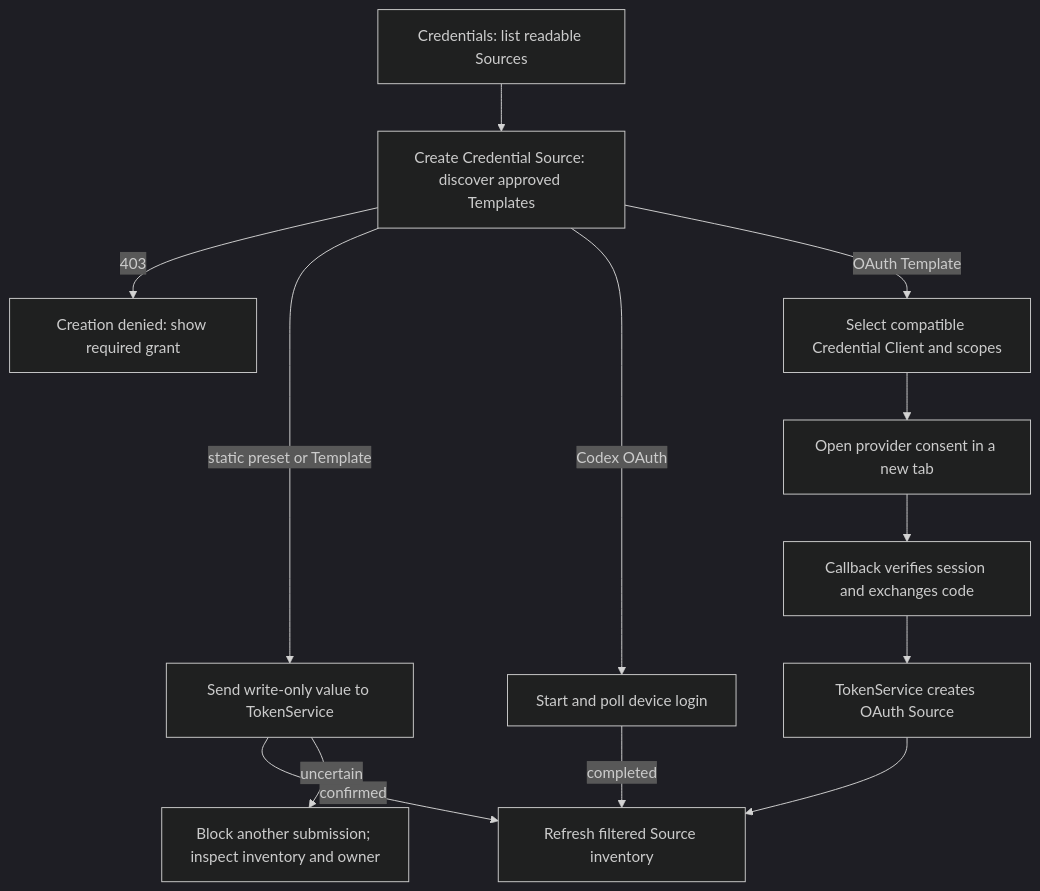
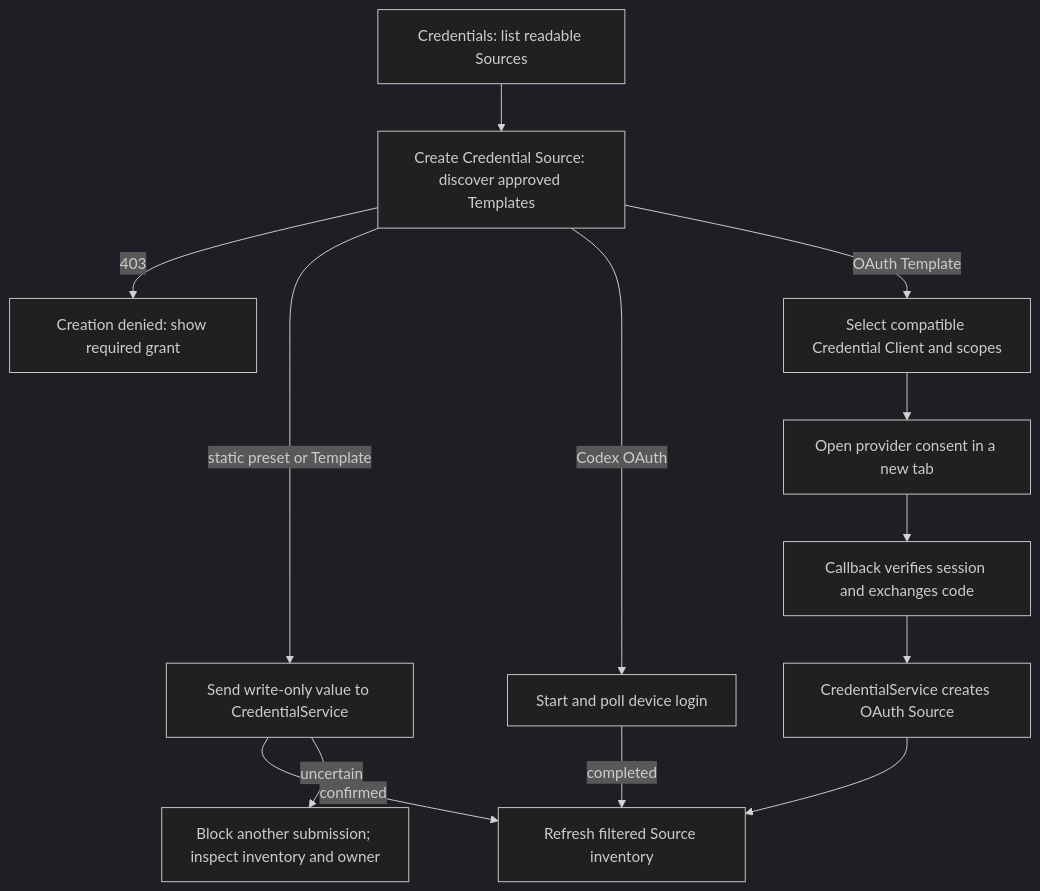
One commit to openclaw/openclaw-enterprise changed the diagram in docs/flows/platform-console/credential-sources.md. Above: the diagram before and after it, drawn with Mermaid (dark theme). The commit also changed other lines of this file and 418 other files, not shown here.

Commit message:
Rename credential custody owner to CredentialService

````diff
--- a/docs/flows/platform-console/credential-sources.md
+++ b/docs/flows/platform-console/credential-sources.md
@@ -22,15 +22,15 @@
 ```mermaid
 graph TD
   A["Credentials: list readable Sources"] --> B["Create Credential Source: discover approved Templates"]
   B -->|403| C["Creation denied: show required grant"]
-  B -->|static preset or Template| D["Send write-only value to TokenService"]
+  B -->|static preset or Template| D["Send write-only value to CredentialService"]
   B -->|Codex OAuth| E["Start and poll device login"]
   B -->|OAuth Template| F["Select compatible Credential Client and scopes"]
   F --> G["Open provider consent in a new tab"]
   G --> H["Callback verifies session and exchanges code"]
-  H --> I["TokenService creates OAuth Source"]
+  H --> I["CredentialService creates OAuth Source"]
   D -->|confirmed| J["Refresh filtered Source inventory"]
   E -->|completed| J
   I --> J
   D -->|uncertain| K["Block another submission; inspect inventory and owner"]
 ```
````
